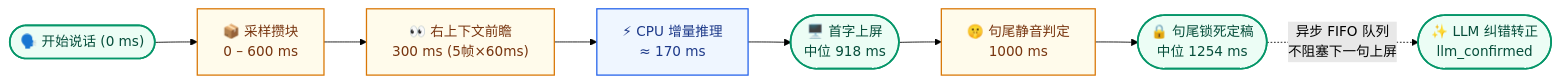
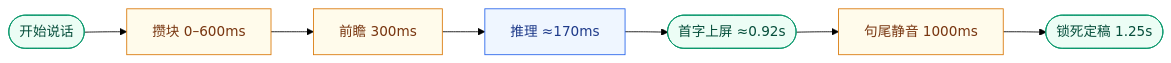
One commit to zhangshuai05/my_study_meeting_asr changed the second of 2 diagrams in README.md. Above: the diagram before and after it, drawn with Mermaid (forest theme). The commit also changed other lines of this file and 2 other files, not shown here.

Commit message:
docs: make README flowcharts compact and single-screen friendly

````diff
--- a/README.md
+++ b/README.md
@@ -185,18 +77,16 @@
 ```mermaid
 flowchart LR
-    S(["🗣️ 开始说话 (0 ms)"]) --> A["📦 采样攒块<br/>0 – 600 ms"]
-    A --> B["👀 右上下文前瞻<br/>300 ms (5帧×60ms)"]
-    B --> C["⚡ CPU 增量推理<br/>≈ 170 ms"]
-    C --> U(["🖥️ 首字上屏<br/>中位 918 ms"])
-    U --> D["🤫 句尾静音判定<br/>1000 ms"]
-    D --> F(["🔒 句尾锁死定稿<br/>中位 1254 ms"])
-    F -.->|"异步 FIFO 队列<br/>不阻塞下一句上屏"| L(["✨ LLM 纠错转正<br/>llm_confirmed"])
+    S(["开始说话"]) --> A["攒块 0–600ms"]
+    A --> B["前瞻 300ms"]
+    B --> C["推理 ≈170ms"]
+    C --> U(["首字上屏 ≈0.92s"])
+    U --> D["句尾静音 1000ms"]
+    D --> F(["锁死定稿 1.25s"])
 
-    classDef clsFixed fill:#EFF6FF,stroke:#2563EB,stroke-width:1.5px,color:#1E3A8A
-    classDef clsWindow fill:#FFFBEB,stroke:#D97706,stroke-width:1.5px,color:#78350F
-    classDef clsMilestone fill:#ECFDF5,stroke:#059669,stroke-width:2px,color:#064E3B
-
-    class A,B,D clsWindow
-    class C clsFixed
-    class S,U,F,L clsMilestone
+    classDef fix fill:#EFF6FF,stroke:#2563EB,color:#1E3A8A
+    classDef cost fill:#FFFBEB,stroke:#D97706,color:#78350F
+    classDef mile fill:#ECFDF5,stroke:#059669,color:#064E3B
+    class A,B,D cost
+    class C fix
+    class S,U,F mile
 ```
````
